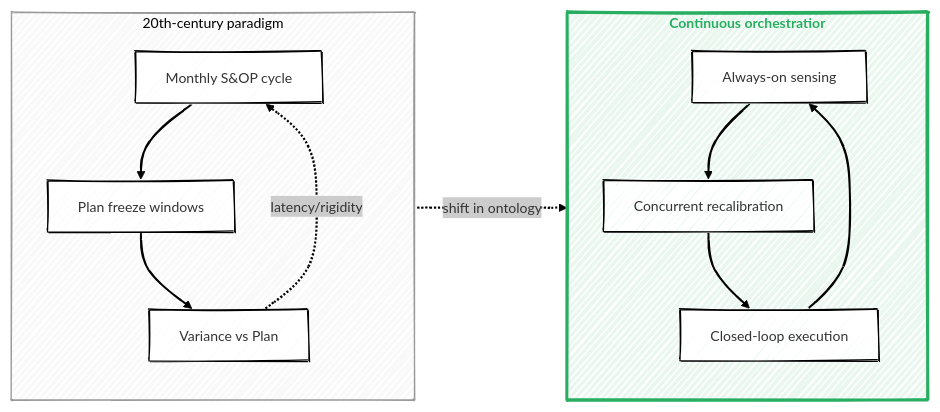
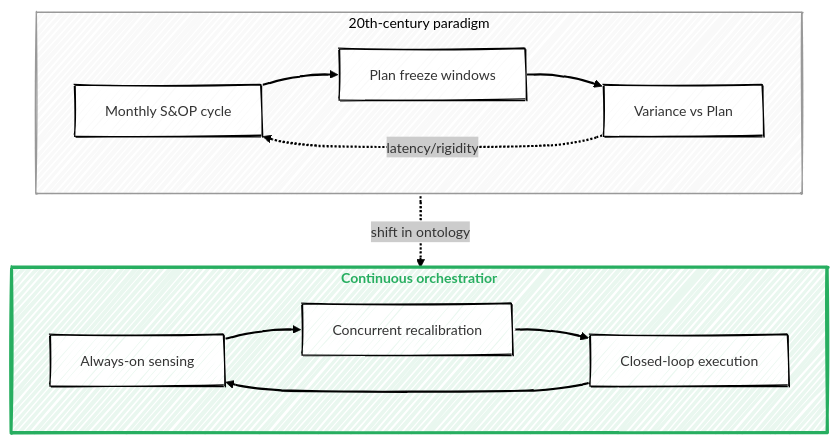
Before and after one commit to antomon/antomon.github.io: the first of 2 diagrams in posts/from-planning-to-orchestration-reimagining-enterprise-beyond-S&OP/index.qmd, drawn with Mermaid. The commit also changed other lines of this file and 4 other files, not shown here.

````diff
--- a/posts/from-planning-to-orchestration-reimagining-enterprise-beyond-S&OP/index.qmd
+++ b/posts/from-planning-to-orchestration-reimagining-enterprise-beyond-S&OP/index.qmd
@@ -50,28 +50,28 @@
 ```{mermaid}
 %%| label: s&op-to-orchestration
 %%| fig-cap: From periodic S&OP to continuous orchestration
 %%| fig-alt: Comparison of calendar-bound planning vs continuous, signal-driven orchestration
 %%| fig-align: "center"
 %%{init: {"theme": "neo", "look": "handDrawn"}}%%
 
-flowchart LR
+flowchart TD
   subgraph A[20th-century paradigm]
     A1[Monthly S&OP cycle]
     A2[Plan freeze windows]
     A3[Variance vs Plan]
   end
   subgraph B[Continuous orchestration]
     B1[Always-on sensing]
     B2[Concurrent recalibration]
     B3[Closed-loop execution]
   end
 
   A1 --> A2 --> A3
   A3 -. latency/rigidity .-> A1
 
   A -. shift in ontology .-> B
   B1 --> B2 --> B3 --> B1
 
   style A stroke:#999,fill:#f9f9f9
   style B stroke:#27ae60,fill:#e9f7ef,color:#27ae60,stroke-width:3px,font-weight:bold
 ```
````
